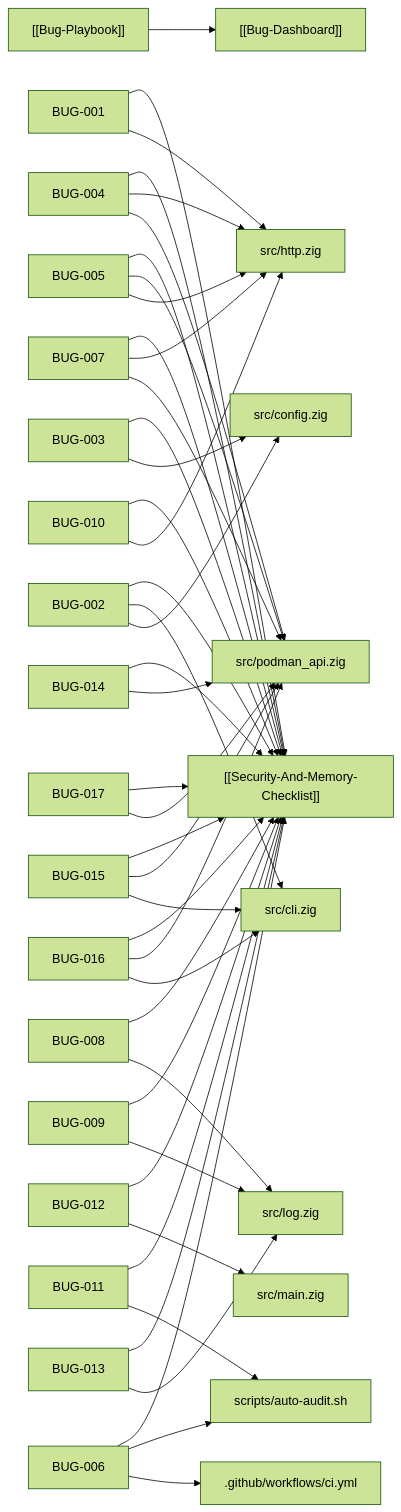
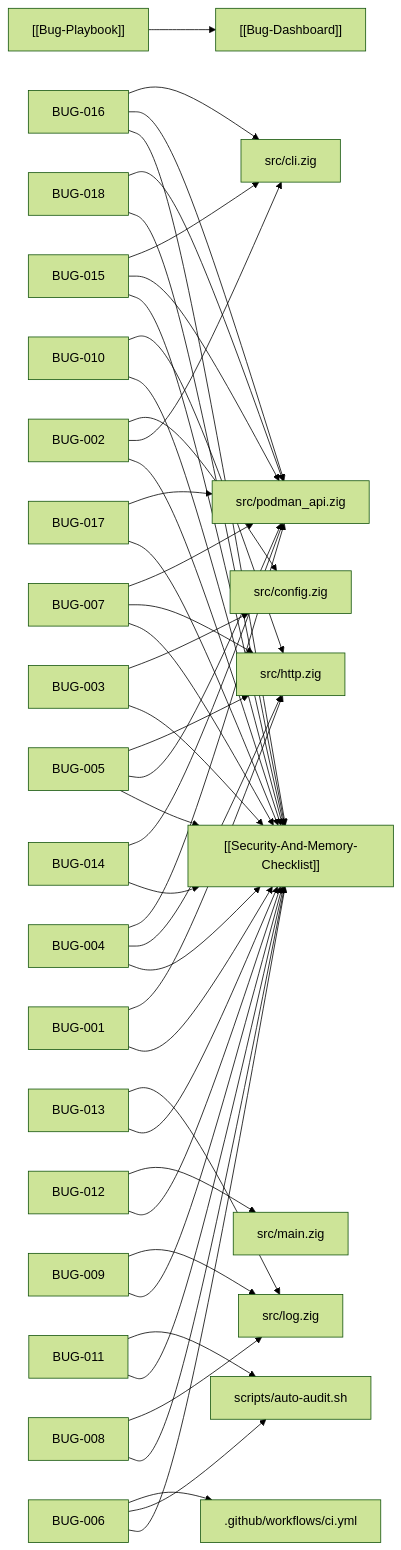
Before and after one commit to srayuth202510-byte/zigpodza: the diagram in docs/vault/Bug-Dashboard.md, drawn with Mermaid (forest theme). The commit also changed other lines of this file and 12 other files, not shown here.

````diff
--- a/docs/vault/Bug-Dashboard.md
+++ b/docs/vault/Bug-Dashboard.md
@@ -29,45 +29,47 @@
 ```mermaid
 flowchart LR
     PLAYBOOK["[[Bug-Playbook]]"] --> DASH["[[Bug-Dashboard]]"]
     BUG001["BUG-001"] --> SEC["[[Security-And-Memory-Checklist]]"]
     BUG001 --> src_http_zig["src/http.zig"]
     BUG002["BUG-002"] --> SEC["[[Security-And-Memory-Checklist]]"]
     BUG002 --> src_cli_zig["src/cli.zig"]
     BUG002 --> src_config_zig["src/config.zig"]
     BUG003["BUG-003"] --> SEC["[[Security-And-Memory-Checklist]]"]
     BUG003 --> src_config_zig["src/config.zig"]
     BUG004["BUG-004"] --> SEC["[[Security-And-Memory-Checklist]]"]
     BUG004 --> src_http_zig["src/http.zig"]
     BUG004 --> src_podman_api_zig["src/podman_api.zig"]
     BUG005["BUG-005"] --> SEC["[[Security-And-Memory-Checklist]]"]
     BUG005 --> src_podman_api_zig["src/podman_api.zig"]
     BUG005 --> src_http_zig["src/http.zig"]
     BUG006["BUG-006"] --> SEC["[[Security-And-Memory-Checklist]]"]
     BUG006 --> scripts_auto_audit_sh["scripts/auto-audit.sh"]
     BUG006 --> _github_workflows_ci_yml[".github/workflows/ci.yml"]
     BUG007["BUG-007"] --> SEC["[[Security-And-Memory-Checklist]]"]
     BUG007 --> src_http_zig["src/http.zig"]
     BUG007 --> src_podman_api_zig["src/podman_api.zig"]
     BUG008["BUG-008"] --> SEC["[[Security-And-Memory-Checklist]]"]
     BUG008 --> src_log_zig["src/log.zig"]
     BUG009["BUG-009"] --> SEC["[[Security-And-Memory-Checklist]]"]
     BUG009 --> src_log_zig["src/log.zig"]
     BUG010["BUG-010"] --> SEC["[[Security-And-Memory-Checklist]]"]
     BUG010 --> src_http_zig["src/http.zig"]
     BUG011["BUG-011"] --> SEC["[[Security-And-Memory-Checklist]]"]
     BUG011 --> scripts_auto_audit_sh["scripts/auto-audit.sh"]
     BUG012["BUG-012"] --> SEC["[[Security-And-Memory-Checklist]]"]
     BUG012 --> src_main_zig["src/main.zig"]
     BUG013["BUG-013"] --> SEC["[[Security-And-Memory-Checklist]]"]
     BUG013 --> src_log_zig["src/log.zig"]
     BUG014["BUG-014"] --> SEC["[[Security-And-Memory-Checklist]]"]
     BUG014 --> src_podman_api_zig["src/podman_api.zig"]
     BUG015["BUG-015"] --> SEC["[[Security-And-Memory-Checklist]]"]
     BUG015 --> src_podman_api_zig["src/podman_api.zig"]
     BUG015 --> src_cli_zig["src/cli.zig"]
     BUG016["BUG-016"] --> SEC["[[Security-And-Memory-Checklist]]"]
     BUG016 --> src_podman_api_zig["src/podman_api.zig"]
     BUG016 --> src_cli_zig["src/cli.zig"]
     BUG017["BUG-017"] --> SEC["[[Security-And-Memory-Checklist]]"]
     BUG017 --> src_podman_api_zig["src/podman_api.zig"]
+    BUG018["BUG-018"] --> SEC["[[Security-And-Memory-Checklist]]"]
+    BUG018 --> src_podman_api_zig["src/podman_api.zig"]
 ```
````
